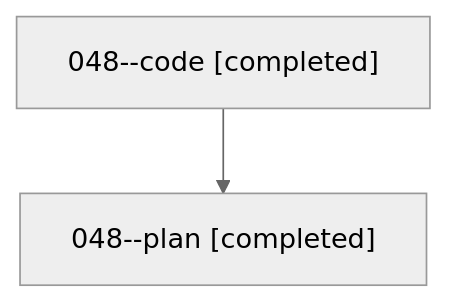
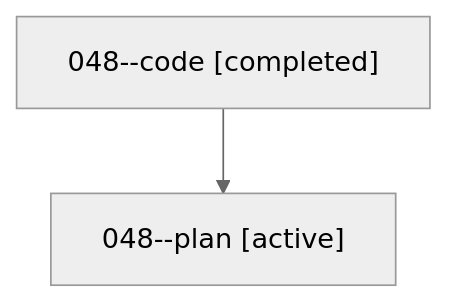
One commit to sase-org/sase--agents changed the diagram in families/bbugyi200.athena.048.md. Above: the diagram before and after it, drawn with Mermaid (neutral theme). The commit also changed other lines of this file and 35830 other files, not shown here.

````diff
--- a/families/bbugyi200.athena.048.md
+++ b/families/bbugyi200.athena.048.md
@@ -9,6 +9,6 @@
 ```mermaid
 flowchart TD
   n0["048--code [completed]"]
-  n1["048--plan [completed]"]
+  n1["048--plan [active]"]
   n0 --> n1
 ```
````
